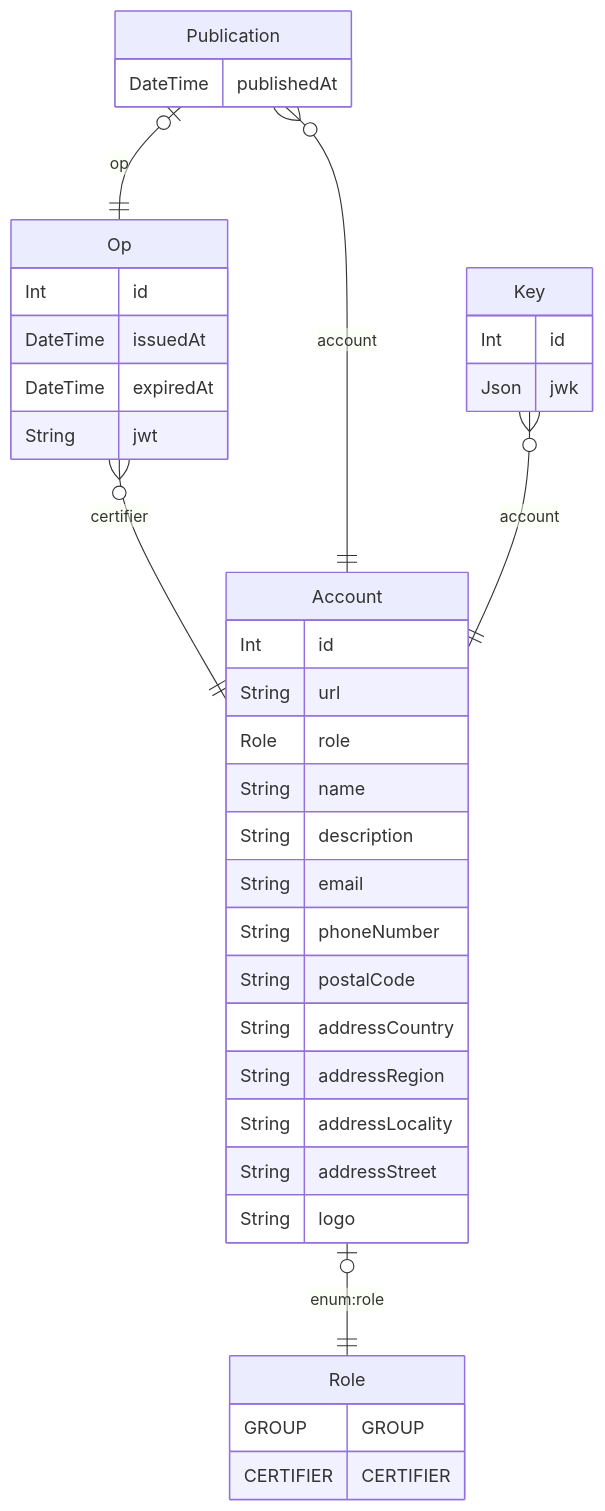
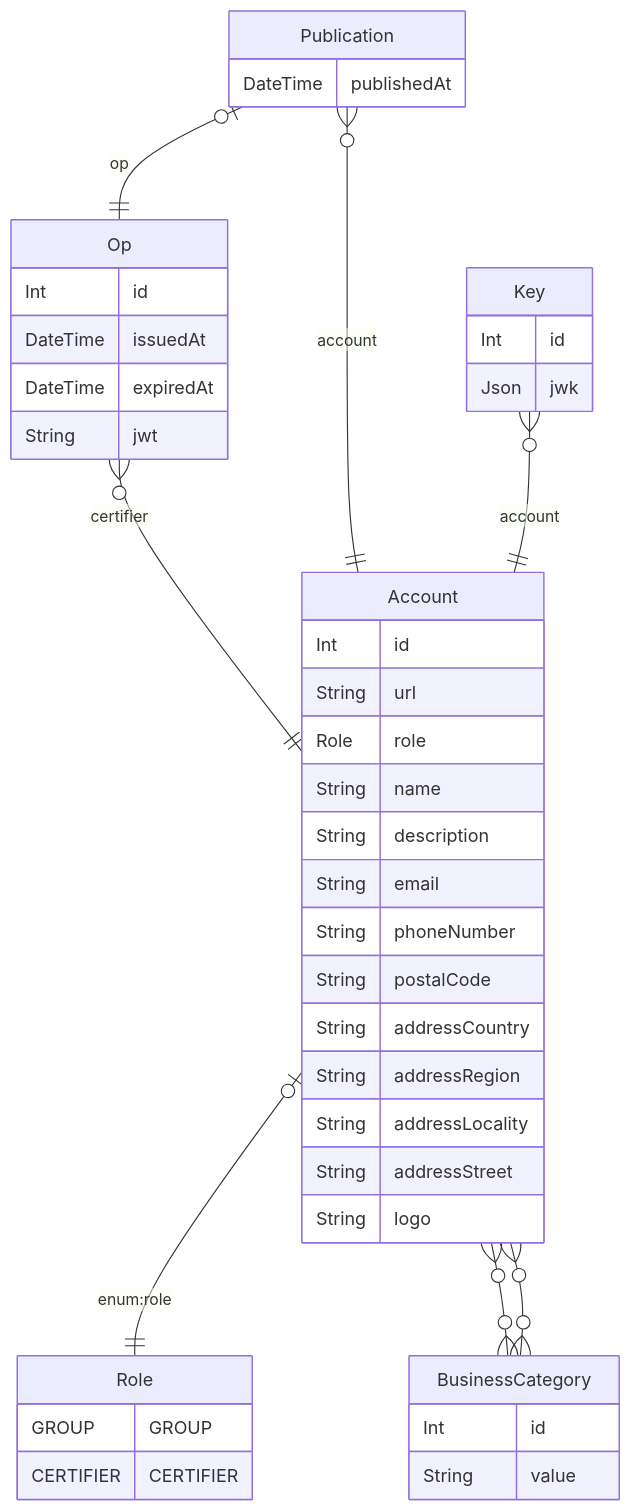
Before and after one commit to originator-profile/profile-share: the diagram in docs/registry/assets/erd.md, drawn with Mermaid. The commit also changed 1 other file, not shown here.

Commit message:
事業種目モデルを追加/会員に事業種目属性を追加

````diff
--- a/docs/registry/assets/erd.md
+++ b/docs/registry/assets/erd.md
@@ -1,49 +1,57 @@
 ```mermaid
 erDiagram
 
         Role {
             GROUP GROUP
 CERTIFIER CERTIFIER
         }
     
   Op {
       Int id
     DateTime issuedAt
     DateTime expiredAt
     String jwt
     }
   
 
   Account {
       Int id
     String url
     Role role
     String name
     String description
     String email
     String phoneNumber
     String postalCode
     String addressCountry
     String addressRegion
     String addressLocality
     String addressStreet
     String logo
     }
   
 
+  BusinessCategory {
+      Int id
+    String value
+    }
+  
+
   Publication {
       DateTime publishedAt
     }
   
 
   Key {
       Int id
     Json jwk
     }
   
     Op o{--|| Account : "certifier"
     Account o|--|| Role : "enum:role"
+    Account o{--}o BusinessCategory : ""
+    BusinessCategory o{--}o Account : ""
     Publication o|--|| Op : "op"
     Publication o{--|| Account : "account"
     Key o{--|| Account : "account"
 ```
````
